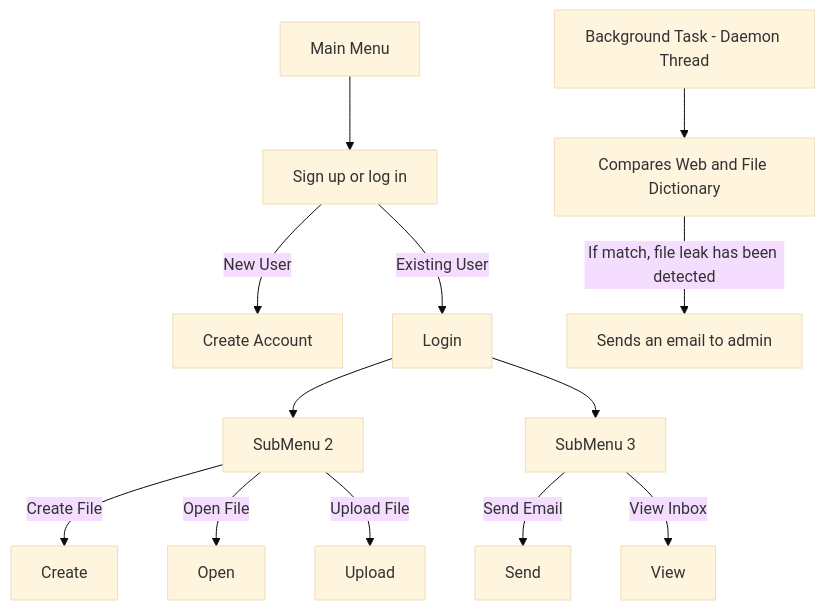
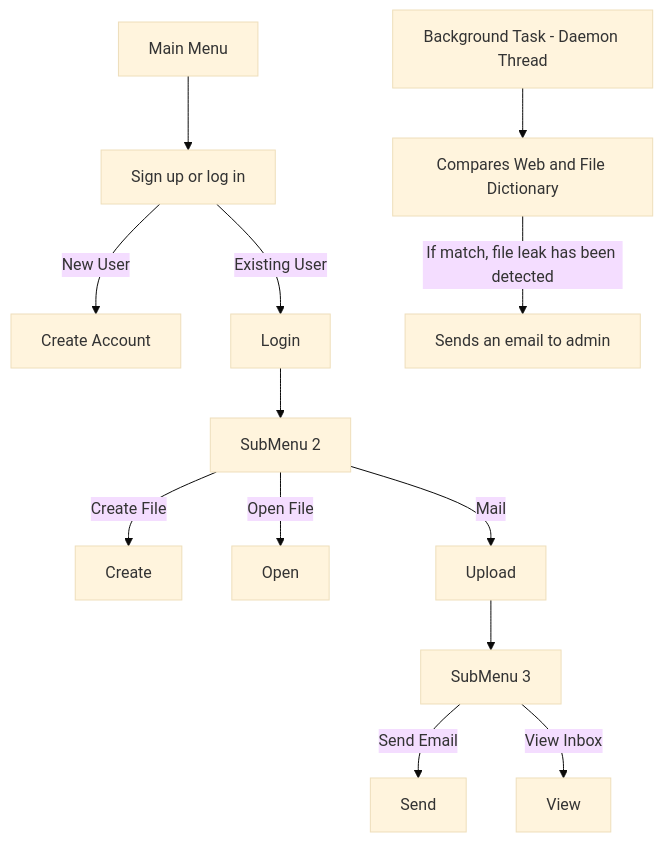
Before and after one commit to SivaaB/File_Leak_Detection: the diagram in flowchart.md, drawn with Mermaid (base theme).

````diff
--- a/flowchart.md
+++ b/flowchart.md
@@ -1,15 +1,15 @@
 ```mermaid
  graph TD;
     A[Main Menu]-->B[Sign up or log in]
     B -->|New User| C[Create Account]
     B -->|Existing User| D[Login]
     D --> E[SubMenu 2]
     E -->|Create File| F[Create]
     E -->|Open File| G[Open]
-    E -->|Upload File| H[Upload]
-    D --> I[SubMenu 3]
+    E -->|Mail| H[Upload]
+    H --> I[SubMenu 3]
     I -->|Send Email| J[Send]
     I -->|View Inbox| K[View]
     L[Background Task - Daemon Thread] --> M[Compares Web and File Dictionary]
     M -->|If match, file leak has been detected| N[Sends an email to admin]
  ```
````
